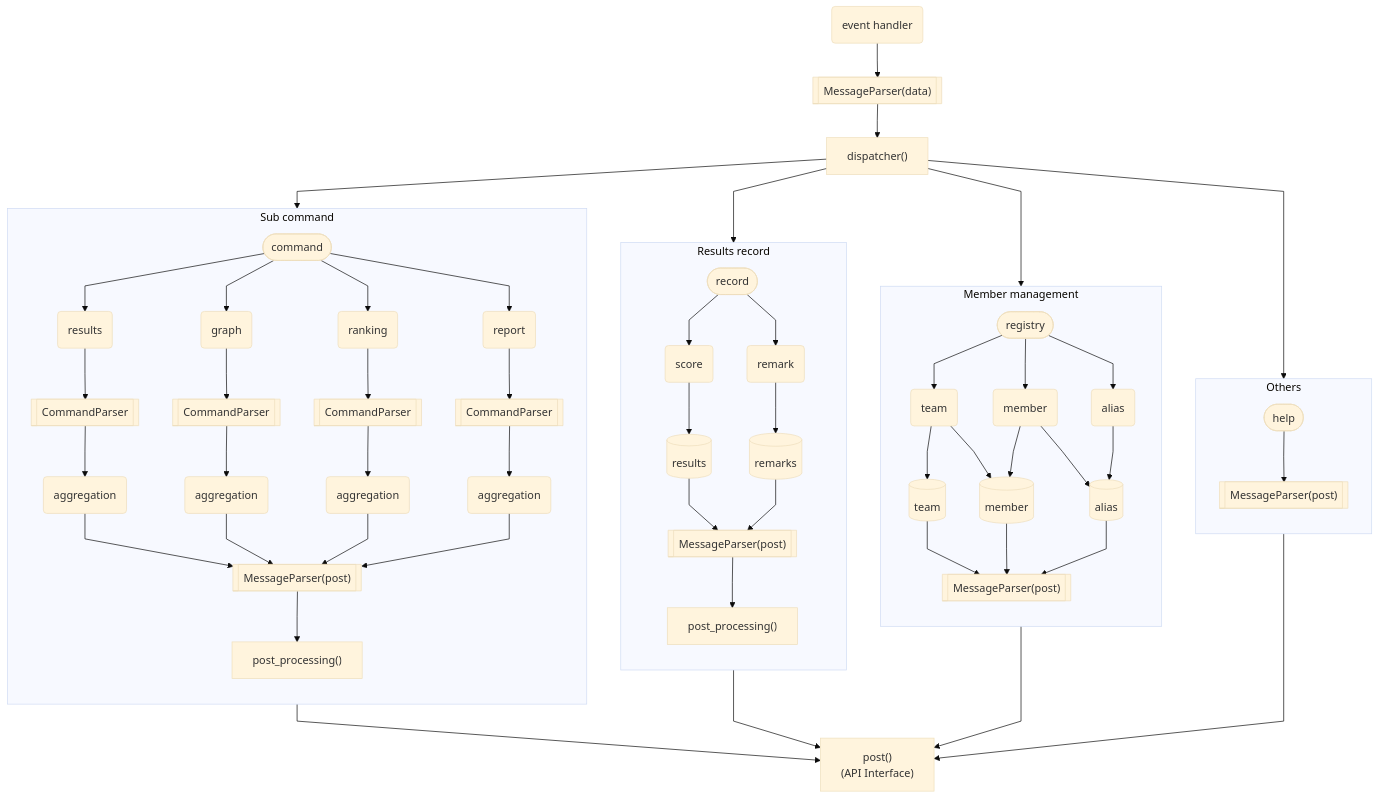
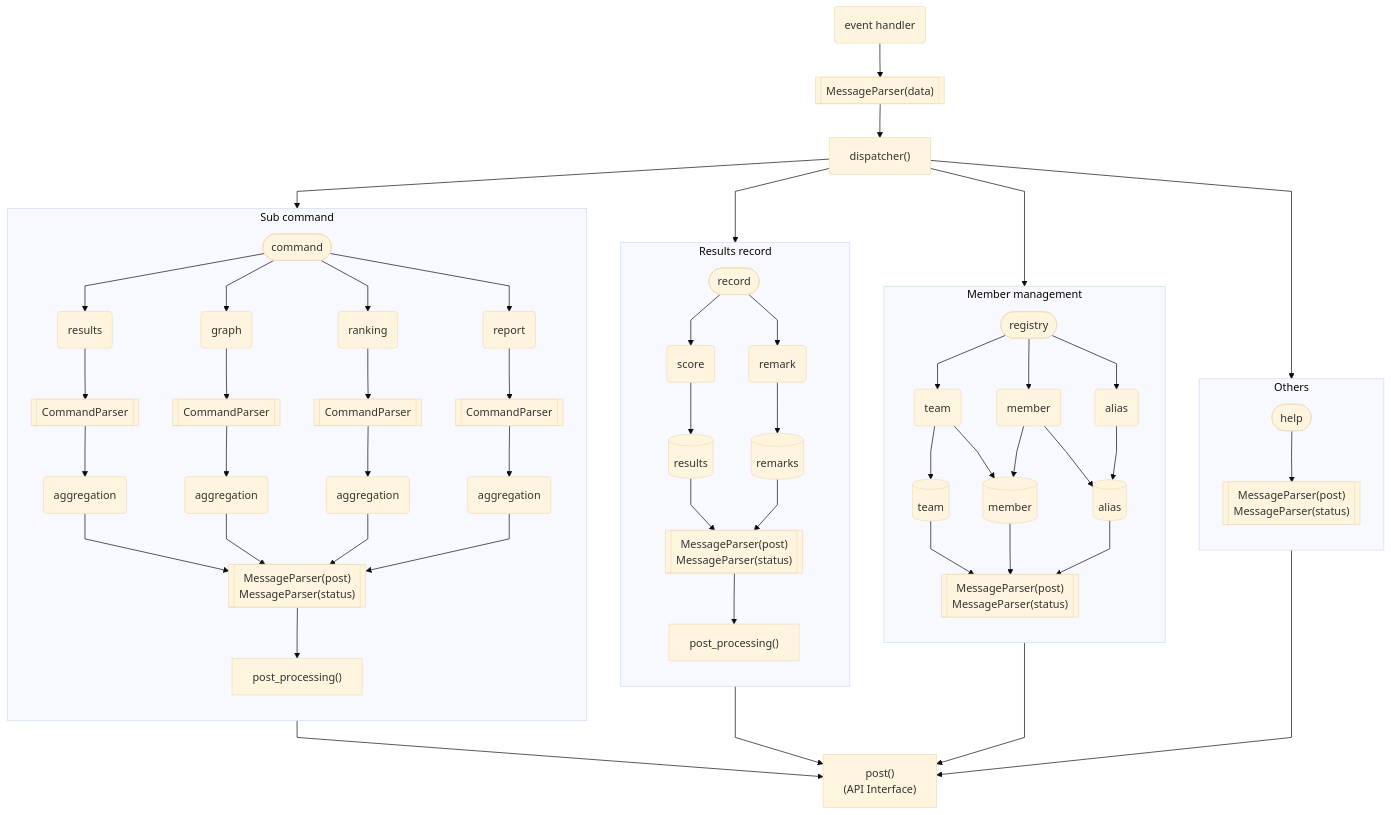
Before and after one commit to togakushi/slack-mahjong-score-management: the first of 2 diagrams in docs/development/architecture.md, drawn with Mermaid (base theme). The commit also changed other lines of this file, not shown here.

````diff
--- a/docs/development/architecture.md
+++ b/docs/development/architecture.md
@@ -2,46 +2,46 @@
 ```mermaid
 ---
 config:
   flowchart:
     curve: linear
 ---
 flowchart TB
     event(event handler);
     m1[["MessageParser(data)"]];
 
     event --> m1 --> d["dispatcher()"] --> f1 & f2 & f3 & f4;
 
     subgraph f1[Sub command]
         direction TB
         c([command]) --> sc1 & sc2 & sc3 & sc4;
         sc1(results) --> cp1[[CommandParser]] --> p1(aggregation);
         sc2(graph) --> cp2[[CommandParser]] --> p2(aggregation);
         sc3(ranking) --> cp3[[CommandParser]] --> p3(aggregation);
         sc4(report) --> cp4[[CommandParser]] --> p4(aggregation);
-        p1 & p2 & p3 & p4 --> mp1[["MessageParser(post)"]] --> pp1["post_processing()"];
+        p1 & p2 & p3 & p4 --> mp1[["MessageParser(post)<br>MessageParser(status)"]] --> pp1["post_processing()"];
     end
 
     subgraph f2[Results record]
         direction TB
         r2([record]);
         r2 --> a1(score) --> results[(results)];
         r2 --> a2(remark) --> remarks[(remarks)];
-        results & remarks --> mp2[["MessageParser(post)"]] --> pp2["post_processing()"];
+        results & remarks --> mp2[["MessageParser(post)<br>MessageParser(status)"]] --> pp2["post_processing()"];
     end
 
     subgraph f3[Member management]
         direction TB
         r1([registry]);
         r1 --> a4(team) --> db2[(team)] & db1;
         r1 --> a3(member) --> db1[(member)] & db3[(alias)];
         r1 --> a5(alias) --> db3;
-        db1 & db2 & db3  --> mp3[["MessageParser(post)"]];
+        db1 & db2 & db3  --> mp3[["MessageParser(post)<br>MessageParser(status)"]];
     end
 
     subgraph f4[Others]
         direction TB
-        h([help]) --> mp4[["MessageParser(post)"]];
+        h([help]) --> mp4[["MessageParser(post)<br>MessageParser(status)"]];
     end
 
     f1 & f2 & f3 & f4 --> post["post()<br>(API Interface)"];
 ```
````
